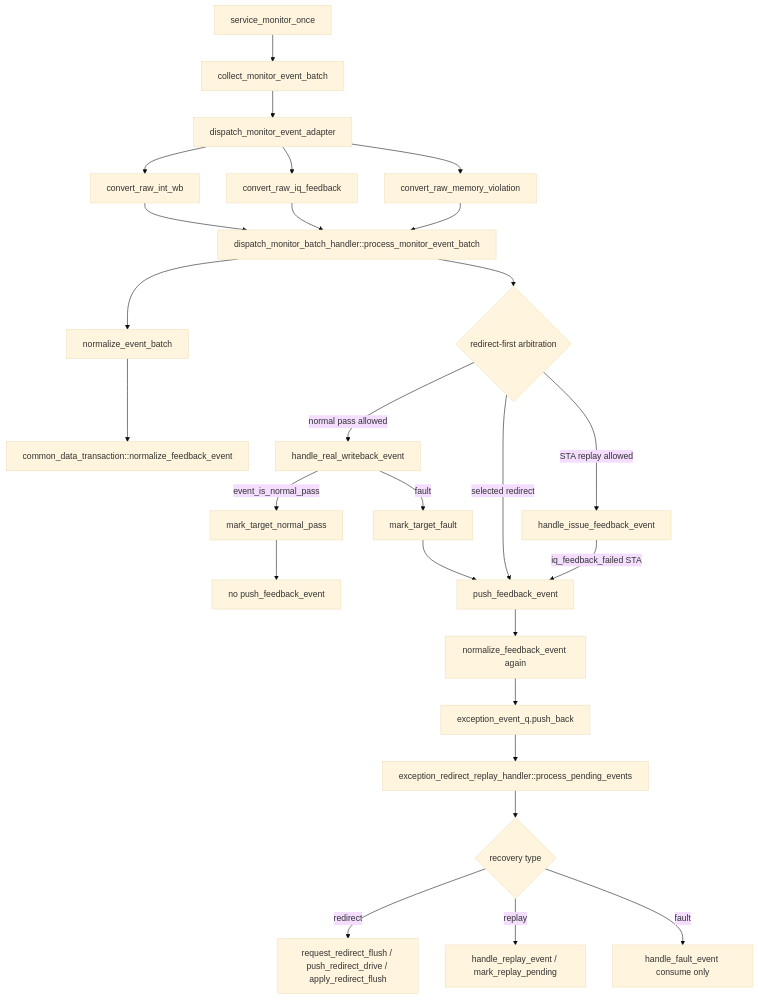
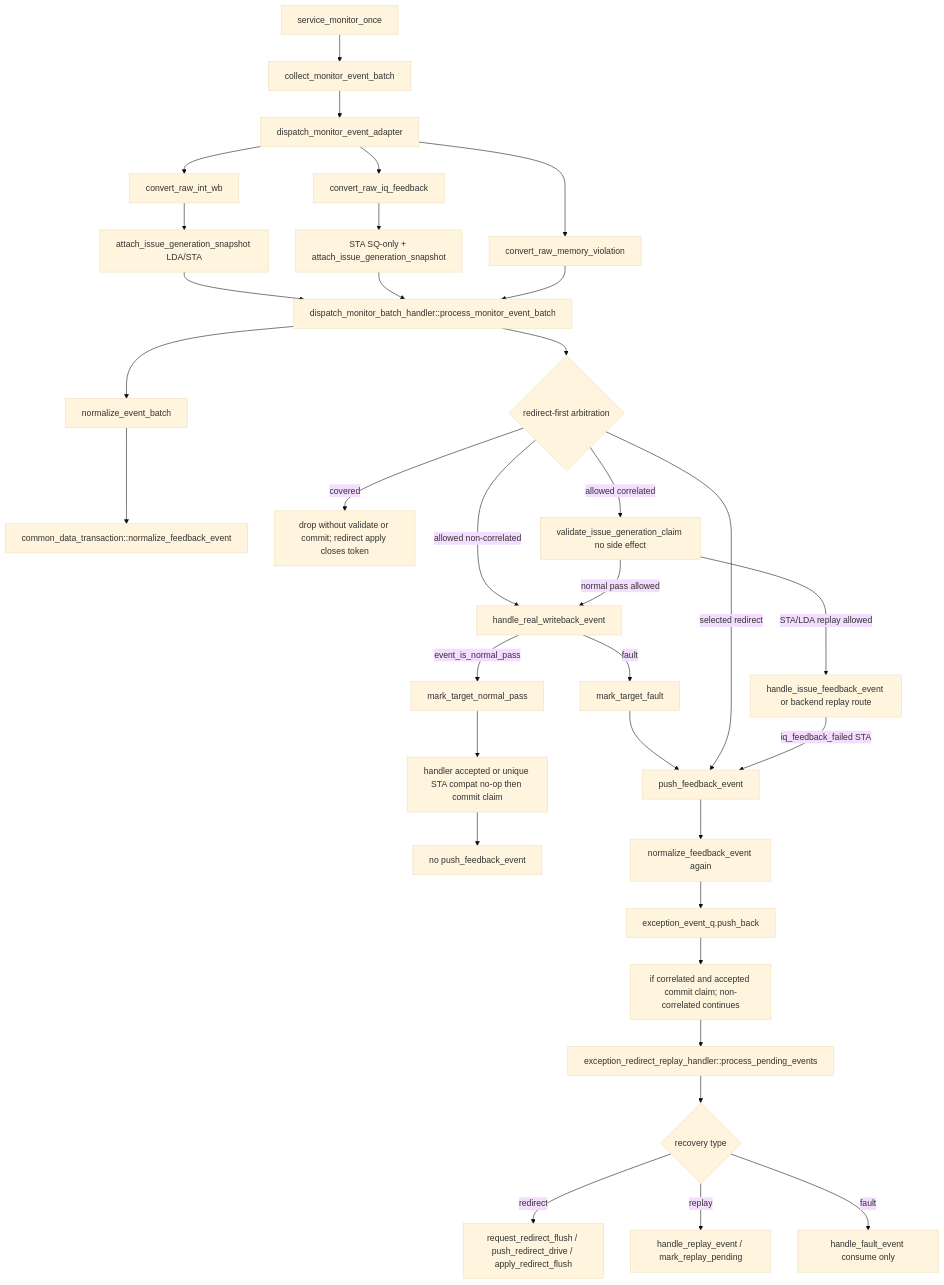
Before and after one commit to OpenXiangShan/XiangShan: the diagram in AI_DOC/mem_ut_flow_doc/push_feedback_event_writeback_flow.md, drawn with Mermaid (base theme). The commit also changed other lines of this file and 45 other files, not shown here.

````diff
--- a/AI_DOC/mem_ut_flow_doc/push_feedback_event_writeback_flow.md
+++ b/AI_DOC/mem_ut_flow_doc/push_feedback_event_writeback_flow.md
@@ -12,29 +13,36 @@
 ```mermaid
 flowchart TD
     A[service_monitor_once] --> B[collect_monitor_event_batch]
     B --> C[dispatch_monitor_event_adapter]
     C --> C1[convert_raw_int_wb]
     C --> C2[convert_raw_iq_feedback]
     C --> C3[convert_raw_memory_violation]
-    C1 --> D[dispatch_monitor_batch_handler::process_monitor_event_batch]
-    C2 --> D
+    C1 --> C11[attach_issue_generation_snapshot LDA/STA]
+    C2 --> C21[STA SQ-only + attach_issue_generation_snapshot]
+    C11 --> D[dispatch_monitor_batch_handler::process_monitor_event_batch]
+    C21 --> D
     C3 --> D
     D --> E[normalize_event_batch]
     E --> F[common_data_transaction::normalize_feedback_event]
     D --> G{redirect-first arbitration}
-    G -->|normal pass allowed| H[handle_real_writeback_event]
+    G -->|covered| G0[drop without validate or commit; redirect apply closes token]
+    G -->|allowed correlated| G1[validate_issue_generation_claim no side effect]
+    G -->|allowed non-correlated| H
+    G1 -->|normal pass allowed| H[handle_real_writeback_event]
     H -->|event_is_normal_pass| I[mark_target_normal_pass]
-    I --> J[no push_feedback_event]
+    I --> CMT[handler accepted or unique STA compat no-op then commit claim]
+    CMT --> J[no push_feedback_event]
     H -->|fault| K[mark_target_fault]
     K --> L[push_feedback_event]
     G -->|selected redirect| L
-    G -->|STA replay allowed| M[handle_issue_feedback_event]
+    G1 -->|STA/LDA replay allowed| M[handle_issue_feedback_event or backend replay route]
     M -->|iq_feedback_failed STA| L
     L --> N[normalize_feedback_event again]
     N --> O[exception_event_q.push_back]
-    O --> P[exception_redirect_replay_handler::process_pending_events]
+    O --> CMT2[if correlated and accepted commit claim; non-correlated continues]
+    CMT2 --> P[exception_redirect_replay_handler::process_pending_events]
     P --> Q{recovery type}
     Q -->|redirect| R[request_redirect_flush / push_redirect_drive / apply_redirect_flush]
     Q -->|replay| S[handle_replay_event / mark_replay_pending]
     Q -->|fault| T[handle_fault_event consume only]
 ```
````
